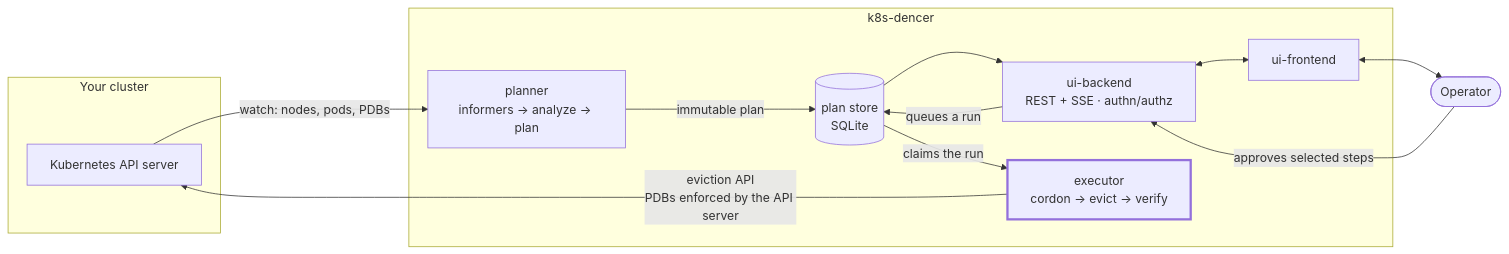
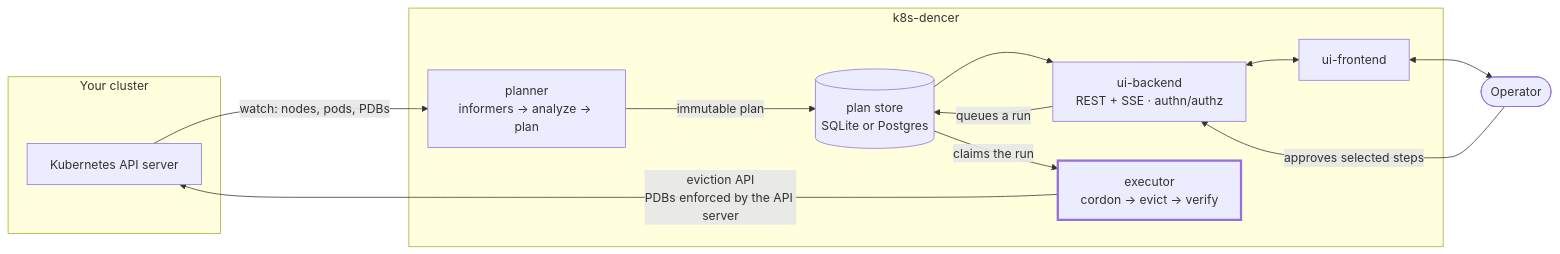
Before and after one commit to atedgimo/k8s-dencer: the diagram in README.md, drawn with Mermaid. The commit also changed 18 other files, not shown here.

First line of the commit message:
Let an install choose Postgres, and drop what SQLite needed

````diff
--- a/README.md
+++ b/README.md
@@ -89,28 +89,28 @@
 ```mermaid
 flowchart LR
     subgraph cluster["Your cluster"]
         API["Kubernetes API server"]
     end
 
     subgraph dencer["k8s-dencer"]
         P["planner<br/>informers → analyze → plan"]
-        DB[("plan store<br/>SQLite")]
+        DB[("plan store<br/>SQLite or Postgres")]
         B["ui-backend<br/>REST + SSE · authn/authz"]
         F["ui-frontend"]
         E["executor<br/>cordon → evict → verify"]
     end
 
     O(["Operator"])
 
     API -- "watch: nodes, pods, PDBs" --> P
     P -- "immutable plan" --> DB
     DB --> B
     B <--> F
     F <--> O
     O -- "approves selected steps" --> B
     B -- "queues a run" --> DB
     DB -- "claims the run" --> E
     E -- "eviction API<br/>PDBs enforced by the API server" --> API
 
     style E stroke-width:3px
 ```
````
